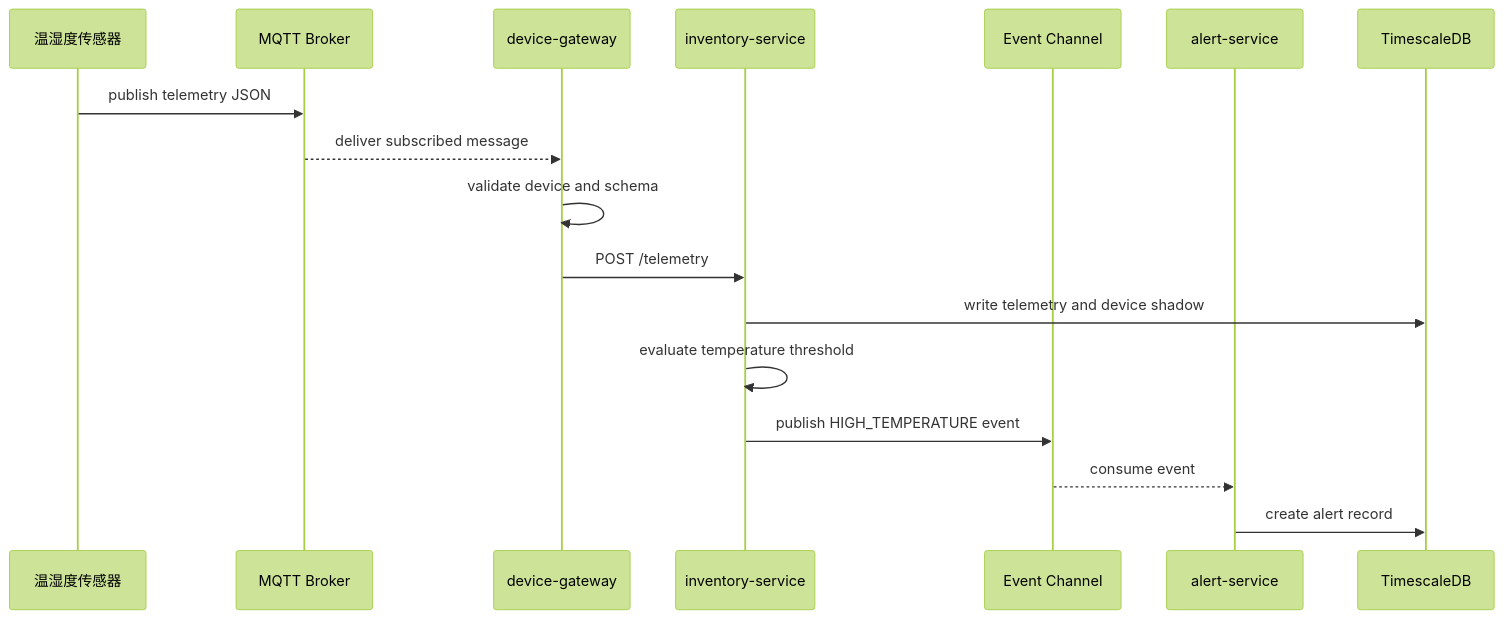
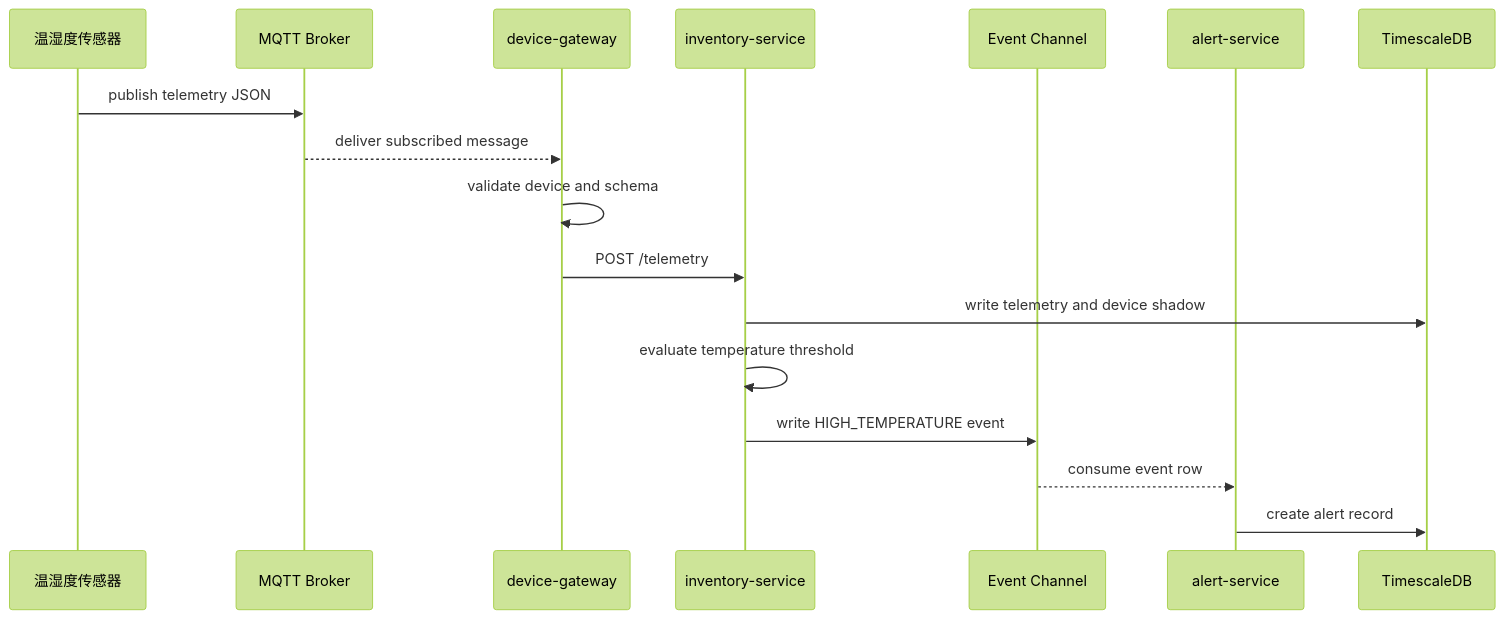
The first of 3 diagrams in docs/02_views/Dynamic_Views.md (kpp-codeFVV/iot-warehouse-architecture), drawn with Mermaid (forest theme) before and after one commit. The commit also changed other lines of this file and 39 other files, not shown here.

````diff
--- a/docs/02_views/Dynamic_Views.md
+++ b/docs/02_views/Dynamic_Views.md
@@ -7,20 +7,20 @@
 ```mermaid
 sequenceDiagram
     participant Device as 温湿度传感器
     participant Broker as MQTT Broker
     participant Gateway as device-gateway
     participant Inventory as inventory-service
     participant Events as Event Channel
     participant Alert as alert-service
     participant DB as TimescaleDB
 
     Device->>Broker: publish telemetry JSON
     Broker-->>Gateway: deliver subscribed message
     Gateway->>Gateway: validate device and schema
     Gateway->>Inventory: POST /telemetry
     Inventory->>DB: write telemetry and device shadow
     Inventory->>Inventory: evaluate temperature threshold
-    Inventory->>Events: publish HIGH_TEMPERATURE event
-    Events-->>Alert: consume event
+    Inventory->>Events: write HIGH_TEMPERATURE event
+    Events-->>Alert: consume event row
     Alert->>DB: create alert record
 ```
````
